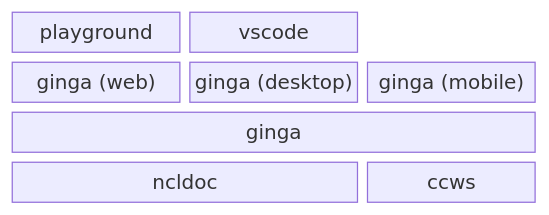
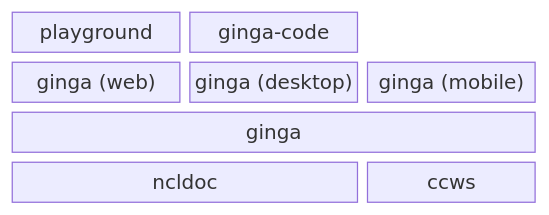
The diagram in README.md (ginga-org-br/gingaf), drawn with Mermaid before and after one commit. The commit also changed other lines of this file and 213 other files, not shown here.

Commit message:
organise folders: ginga, packages, ginga-code, ginga-node

````diff
--- a/README.md
+++ b/README.md
@@ -11,13 +11,13 @@
 ```mermaid
 block-beta
 columns 3
-  playground["playground"]
-  vscode["vscode"]
+  ginga_node["playground"]
+  ginga_code["ginga-code"]
   space
   ginga_web["ginga (web)"]
   ginga_desktop["ginga (desktop)"]
   ginga_mobile["ginga (mobile)"]
   ginga["ginga"]:3
   ncldoc["ncldoc"]:2
   ccws["ccws"]:1
 ```
````
